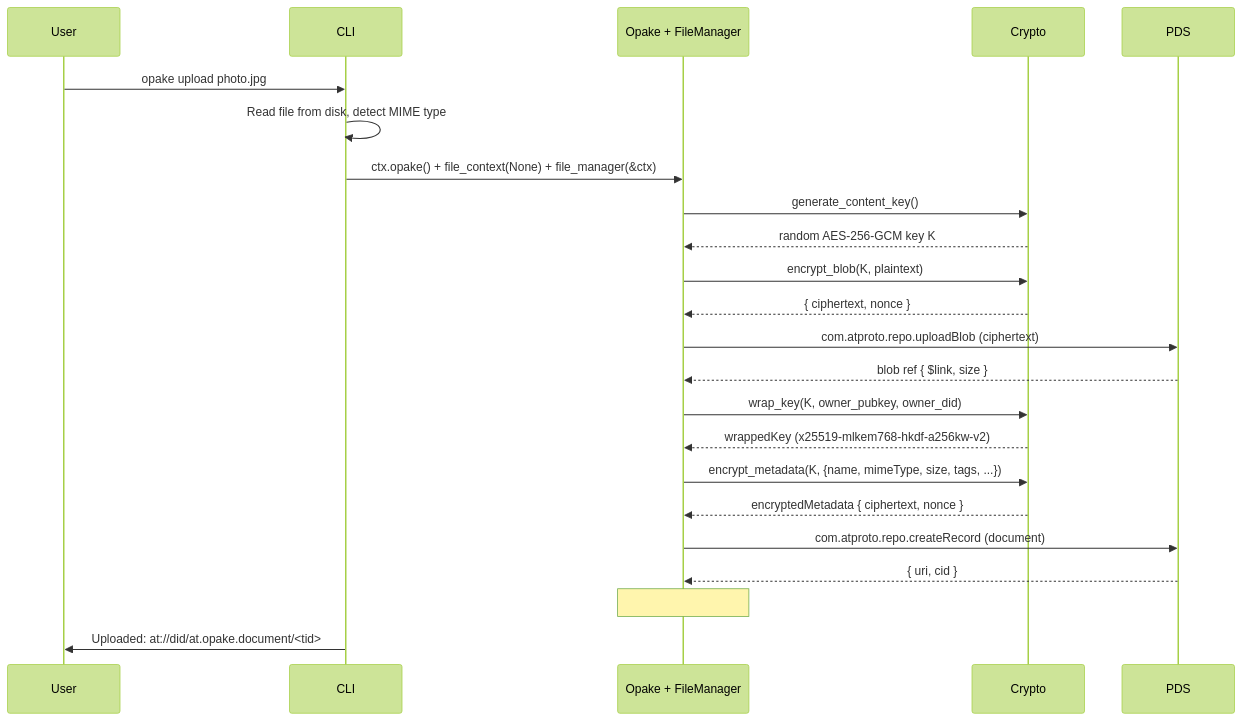
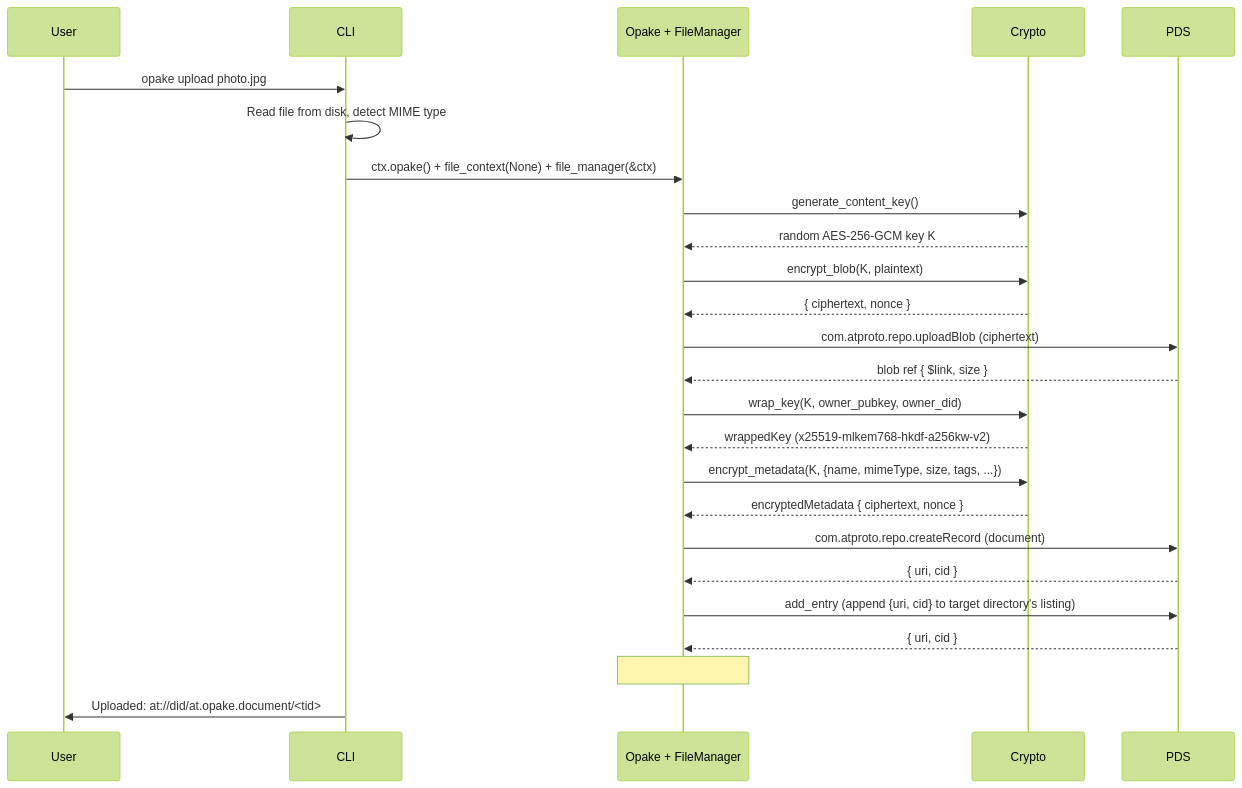
One commit to Sans-Self/Opake changed the first of 5 diagrams in docs/flows/documents.md. Above: the diagram before and after it, drawn with Mermaid (forest theme). The commit also changed other lines of this file and 35 other files, not shown here.

````diff
--- a/docs/flows/documents.md
+++ b/docs/flows/documents.md
@@ -7,35 +7,38 @@
 ```mermaid
 sequenceDiagram
     participant User
     participant CLI
     participant Opake as Opake + FileManager
     participant Crypto
     participant PDS
 
     User->>CLI: opake upload photo.jpg
 
     CLI->>CLI: Read file from disk, detect MIME type
     CLI->>Opake: ctx.opake() + file_context(None) + file_manager(&ctx)
 
     Opake->>Crypto: generate_content_key()
     Crypto-->>Opake: random AES-256-GCM key K
 
     Opake->>Crypto: encrypt_blob(K, plaintext)
     Crypto-->>Opake: { ciphertext, nonce }
 
     Opake->>PDS: com.atproto.repo.uploadBlob (ciphertext)
     PDS-->>Opake: blob ref { $link, size }
 
     Opake->>Crypto: wrap_key(K, owner_pubkey, owner_did)
     Crypto-->>Opake: wrappedKey (x25519-mlkem768-hkdf-a256kw-v2)
 
     Opake->>Crypto: encrypt_metadata(K, {name, mimeType, size, tags, ...})
     Crypto-->>Opake: encryptedMetadata { ciphertext, nonce }
 
     Opake->>PDS: com.atproto.repo.createRecord (document)
     PDS-->>Opake: { uri, cid }
 
+    Opake->>PDS: add_entry (append {uri, cid} to target directory's listing)
+    PDS-->>Opake: { uri, cid }
+
     Note over Opake: #[signoff] auto-persists session if refreshed
 
     CLI->>User: Uploaded: at://did/at.opake.document/<tid>
 ```
````
